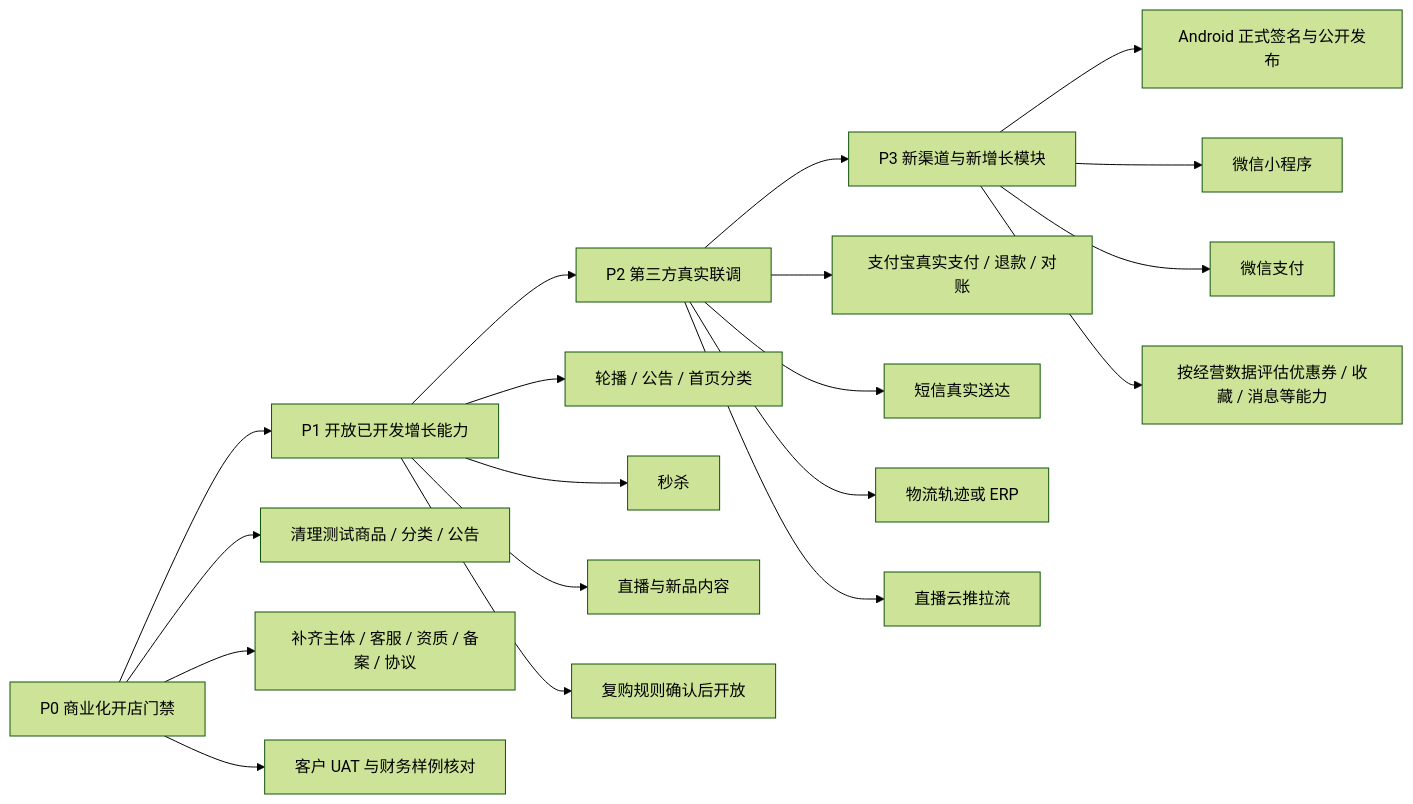
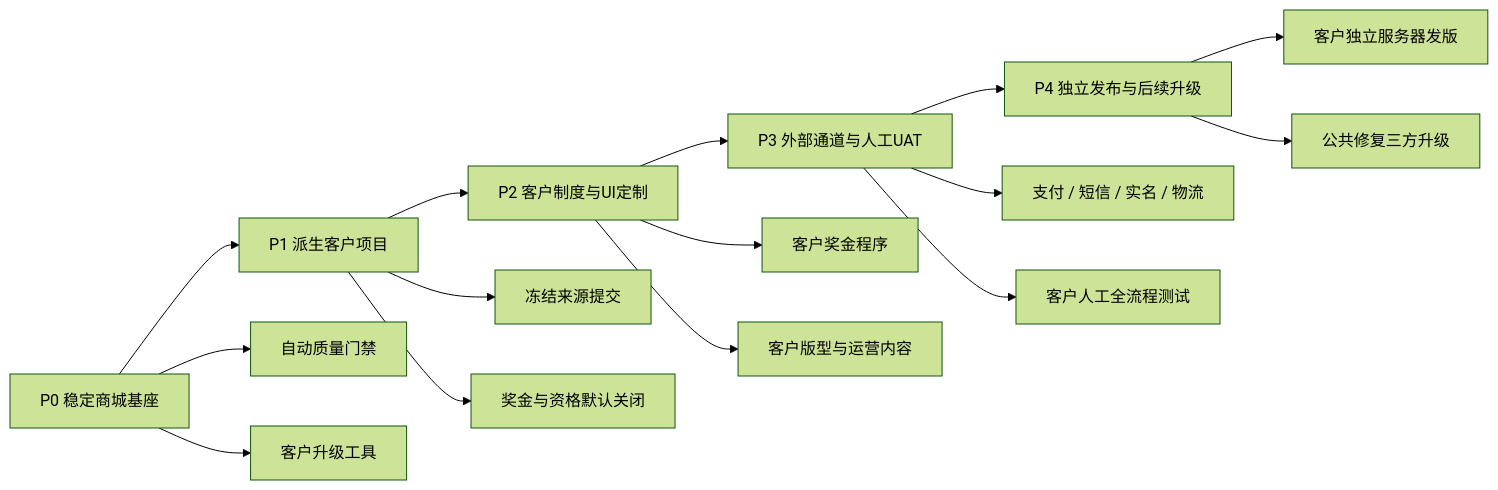
One commit to lifei3651/mall-swarm changed the fifth of 5 diagrams in document/PRODUCT_FUNCTION_BLUEPRINT.md. Above: the diagram before and after it, drawn with Mermaid (forest theme). The commit also changed other lines of this file and 11 other files, not shown here.

````diff
--- a/document/PRODUCT_FUNCTION_BLUEPRINT.md
+++ b/document/PRODUCT_FUNCTION_BLUEPRINT.md
@@ -244,25 +247,18 @@
 ```mermaid
 flowchart LR
-    P0[P0 商业化开店门禁] --> P1[P1 开放已开发增长能力]
-    P1 --> P2[P2 第三方真实联调]
-    P2 --> P3[P3 新渠道与新增长模块]
+    P0[P0 稳定商城基座] --> P1[P1 派生客户项目]
+    P1 --> P2[P2 客户制度与UI定制]
+    P2 --> P3[P3 外部通道与人工UAT]
+    P3 --> P4[P4 独立发布与后续升级]
 
-    P0 --> A1[清理测试商品 / 分类 / 公告]
-    P0 --> A2[补齐主体 / 客服 / 资质 / 备案 / 协议]
-    P0 --> A3[客户 UAT 与财务样例核对]
-
-    P1 --> B1[轮播 / 公告 / 首页分类]
-    P1 --> B2[秒杀]
-    P1 --> B3[直播与新品内容]
-    P1 --> B4[复购规则确认后开放]
-
-    P2 --> C1[支付宝真实支付 / 退款 / 对账]
-    P2 --> C2[短信真实送达]
-    P2 --> C3[物流轨迹或 ERP]
-    P2 --> C4[直播云推拉流]
-
-    P3 --> D1[Android 正式签名与公开发布]
-    P3 --> D2[微信小程序]
-    P3 --> D3[微信支付]
-    P3 --> D4[按经营数据评估优惠券 / 收藏 / 消息等能力]
+    P0 --> A1[自动质量门禁]
+    P0 --> A2[客户升级工具]
+    P1 --> B1[冻结来源提交]
+    P1 --> B2[奖金与资格默认关闭]
+    P2 --> C1[客户奖金程序]
+    P2 --> C2[客户版型与运营内容]
+    P3 --> D1[支付 / 短信 / 实名 / 物流]
+    P3 --> D2[客户人工全流程测试]
+    P4 --> E1[客户独立服务器发版]
+    P4 --> E2[公共修复三方升级]
 ```
````
